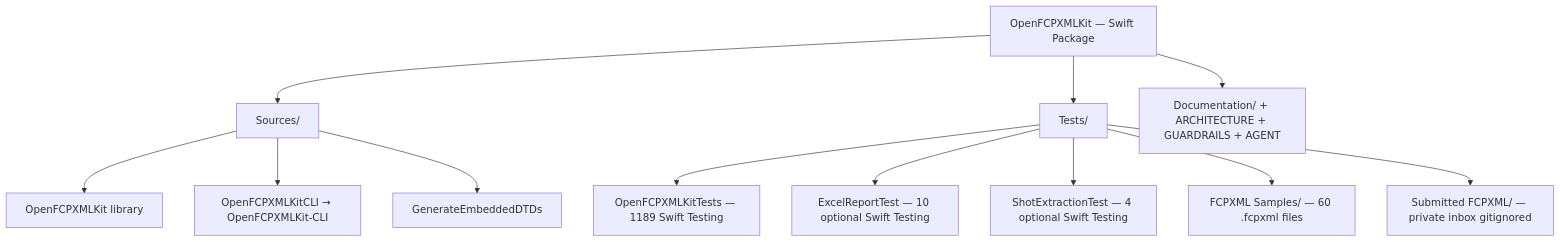
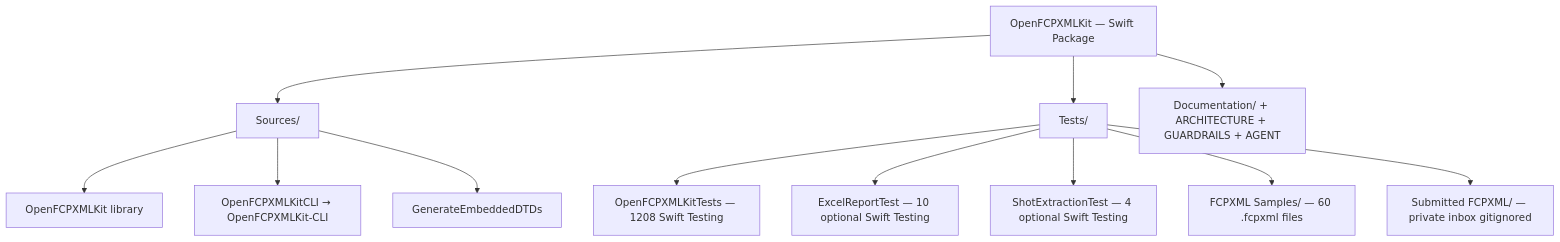
Before and after one commit to TheAcharya/OpenFCPXMLKit: the first of 6 diagrams in ARCHITECTURE.md, drawn with Mermaid. The commit also changed other lines of this file and 39 other files, not shown here.

First line of the commit message:
Fix report role exclusion, effect settings, Optical Flow names, and title text

````diff
--- a/ARCHITECTURE.md
+++ b/ARCHITECTURE.md
@@ -220,18 +221,18 @@
 ```mermaid
 flowchart TB
     Pkg["OpenFCPXMLKit — Swift Package"]
 
     Pkg --> SRC["Sources/"]
     Pkg --> TST["Tests/"]
     Pkg --> DOC["Documentation/ + ARCHITECTURE + GUARDRAILS + AGENT"]
 
     SRC --> LIB["OpenFCPXMLKit library"]
     SRC --> CLI["OpenFCPXMLKitCLI → OpenFCPXMLKit-CLI"]
     SRC --> GEN["GenerateEmbeddedDTDs"]
 
-    TST --> OKT["OpenFCPXMLKitTests — 1189 Swift Testing"]
+    TST --> OKT["OpenFCPXMLKitTests — 1208 Swift Testing"]
     TST --> ERT["ExcelReportTest — 10 optional Swift Testing"]
     TST --> SET["ShotExtractionTest — 4 optional Swift Testing"]
     TST --> SMP["FCPXML Samples/ — 60 .fcpxml files"]
     TST --> SUB["Submitted FCPXML/ — private inbox gitignored"]
 ```
````
